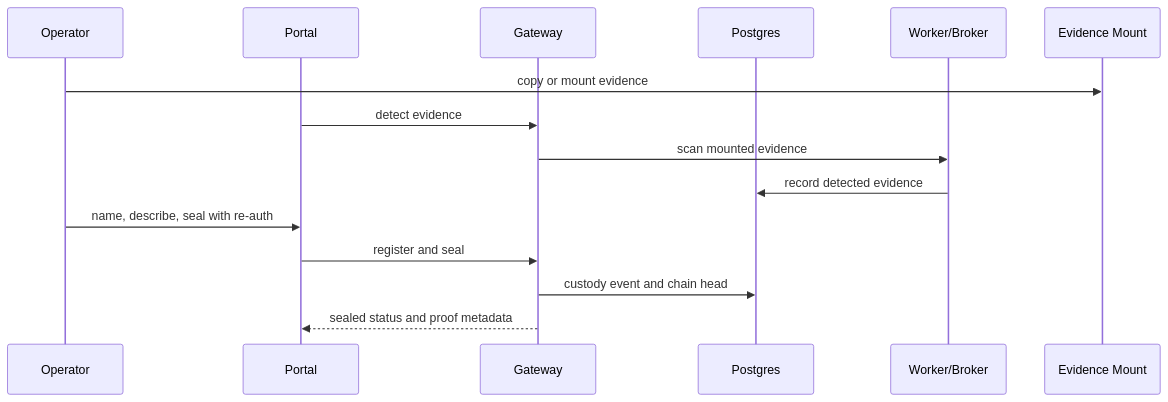
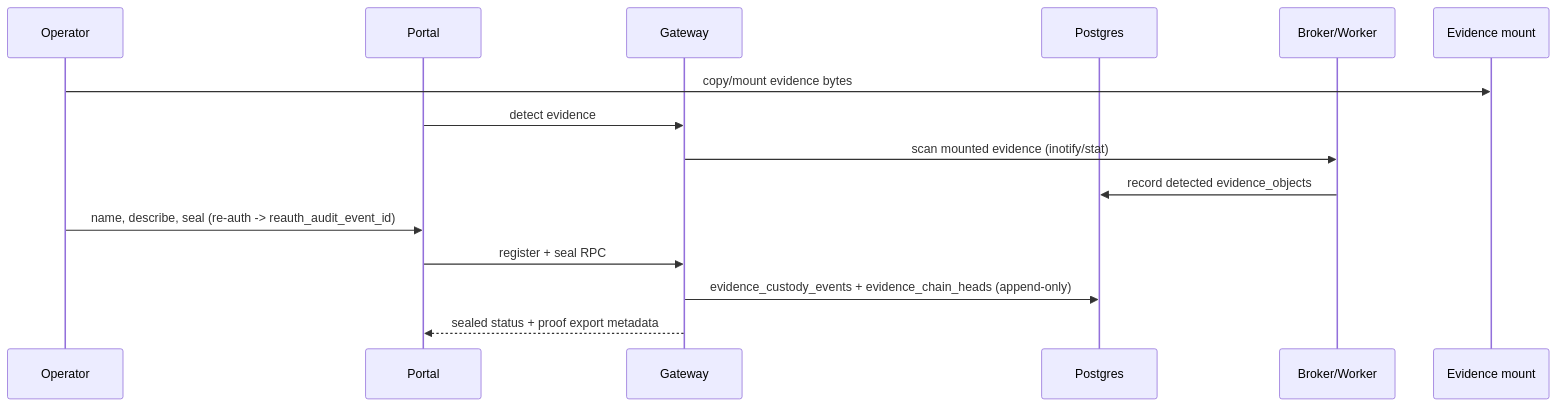
The third of 7 diagrams in docs/product/data-flows-and-lifecycles.md (xyehya/sift-mcps), drawn with Mermaid before and after one commit. The commit also changed other lines of this file and 5 other files, not shown here.

Commit message:
Document product architecture and journeys

````diff
--- a/docs/product/data-flows-and-lifecycles.md
+++ b/docs/product/data-flows-and-lifecycles.md
@@ -25,18 +113,17 @@
 ```mermaid
 sequenceDiagram
   participant O as Operator
   participant P as Portal
   participant G as Gateway
   participant DB as Postgres
-  participant W as Worker/Broker
-  participant E as Evidence Mount
-
-  O->>E: copy or mount evidence
+  participant W as Broker/Worker
+  participant E as Evidence mount
+  O->>E: copy/mount evidence bytes
   P->>G: detect evidence
-  G->>W: scan mounted evidence
-  W->>DB: record detected evidence
-  O->>P: name, describe, seal with re-auth
-  P->>G: register and seal
-  G->>DB: custody event and chain head
-  G-->>P: sealed status and proof metadata
+  G->>W: scan mounted evidence (inotify/stat)
+  W->>DB: record detected evidence_objects
+  O->>P: name, describe, seal (re-auth -> reauth_audit_event_id)
+  P->>G: register + seal RPC
+  G->>DB: evidence_custody_events + evidence_chain_heads (append-only)
+  G-->>P: sealed status + proof export metadata
 ```
````
